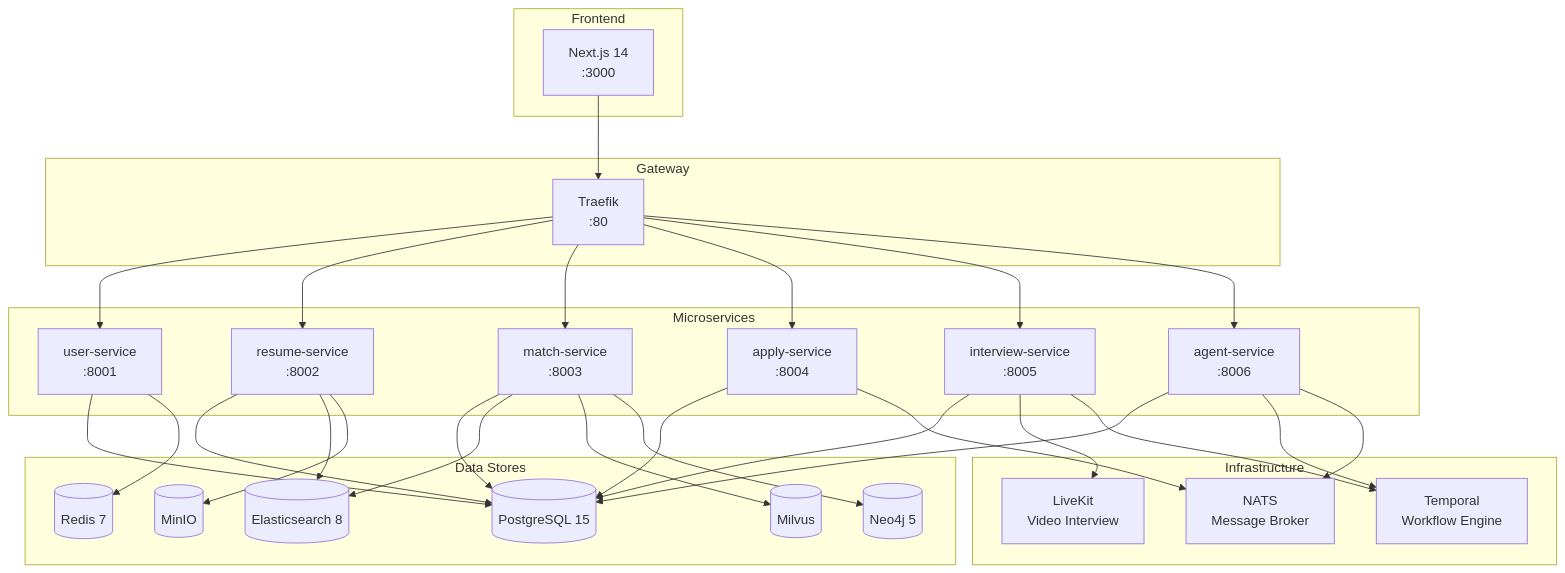
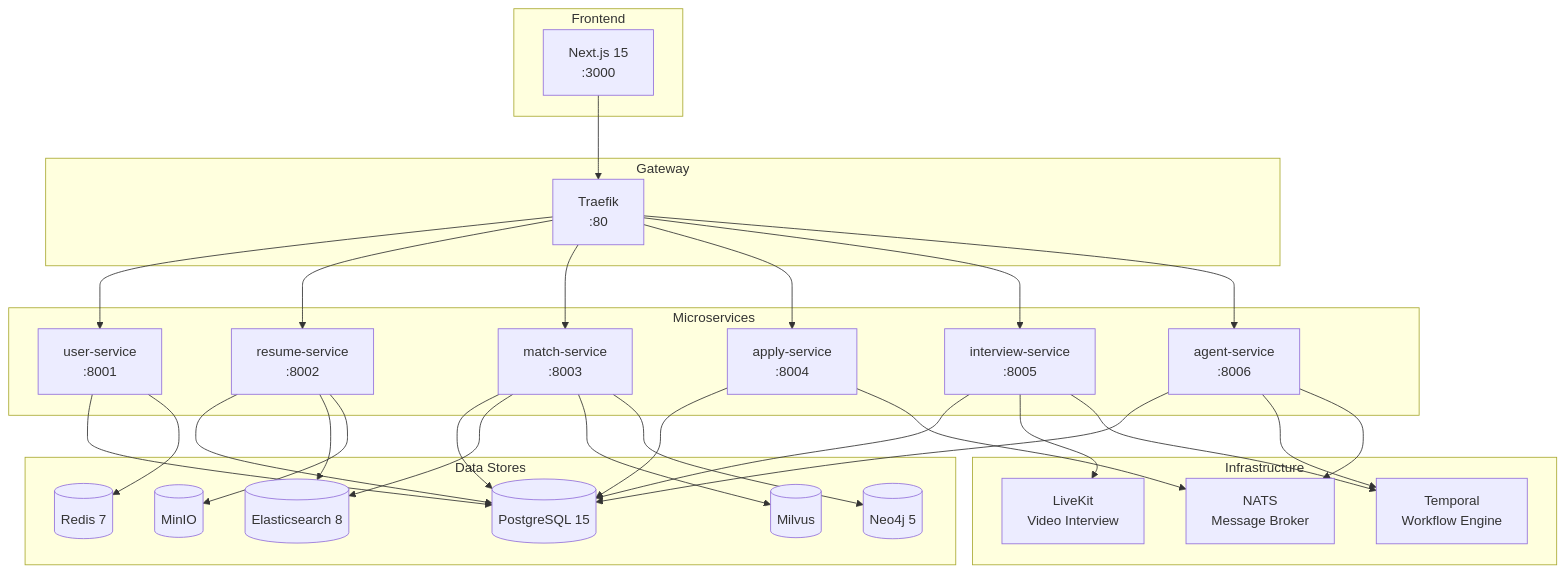
One commit to 2913636/jobpilot changed the diagram in README.md. Above: the diagram before and after it, drawn with Mermaid. The commit also changed other lines of this file and 3 other files, not shown here.

````diff
--- a/README.md
+++ b/README.md
@@ -12,43 +14,43 @@
 ```mermaid
 graph TB
     subgraph "Frontend"
-        FE[Next.js 14<br/>:3000]
+        FE[Next.js 15<br/>:3000]
     end
 
     subgraph "Gateway"
         TF[Traefik<br/>:80]
     end
 
     subgraph "Microservices"
         US[user-service<br/>:8001]
         RS[resume-service<br/>:8002]
         MS[match-service<br/>:8003]
         AS[apply-service<br/>:8004]
         IS[interview-service<br/>:8005]
         GS[agent-service<br/>:8006]
     end
 
     subgraph "Data Stores"
         PG[(PostgreSQL 15)]
         RD[(Redis 7)]
         ES[(Elasticsearch 8)]
         MV[(Milvus)]
         N4[(Neo4j 5)]
         MN[(MinIO)]
     end
 
     subgraph "Infrastructure"
         LK[LiveKit<br/>Video Interview]
         TM[Temporal<br/>Workflow Engine]
         NT[NATS<br/>Message Broker]
     end
 
     FE --> TF
     TF --> US & RS & MS & AS & IS & GS
     US --> PG & RD
     RS --> PG & ES & MN
     MS --> PG & ES & MV & N4
     AS --> PG & NT
     IS --> PG & LK & TM
     GS --> PG & TM & NT
 ```
````
